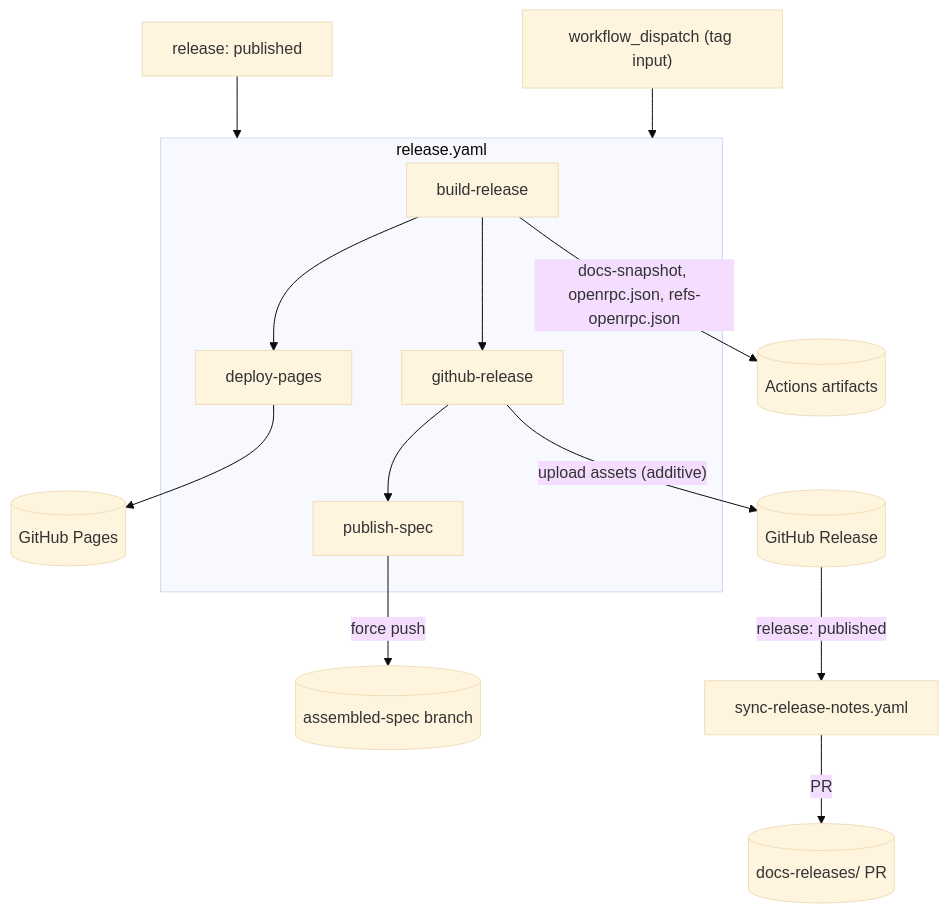
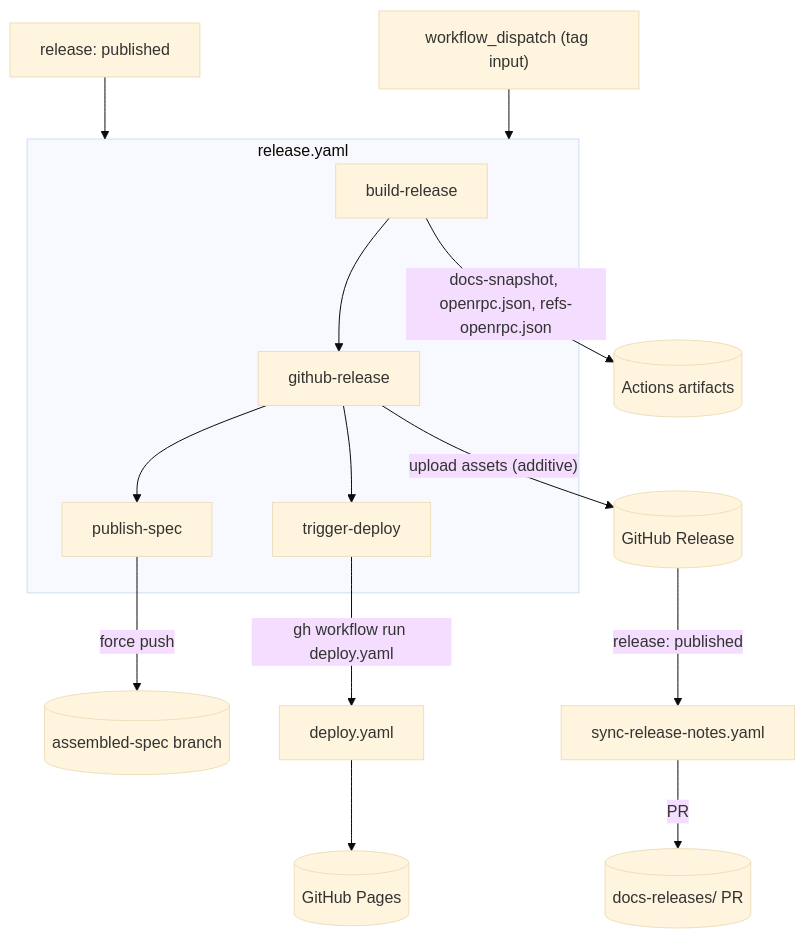
Before and after one commit to ethereum/execution-apis: the first of 2 diagrams in .github/workflows/README.md, drawn with Mermaid (base theme). The commit also changed other lines of this file and 3 other files, not shown here.

First line of the commit message:
fix: make version deployment consistent via single deploy workflow

````diff
--- a/.github/workflows/README.md
+++ b/.github/workflows/README.md
@@ -18,23 +18,24 @@
 ```mermaid
 flowchart TD
   releasePublish["release: published"] --> releaseWf
   dispatch["workflow_dispatch (tag input)"] --> releaseWf
 
   subgraph releaseWf [release.yaml]
     buildRelease[build-release]
-    deployPages[deploy-pages]
     ghRelease[github-release]
     publishSpec[publish-spec]
-    buildRelease --> deployPages
+    triggerDeploy[trigger-deploy]
     buildRelease --> ghRelease
     ghRelease --> publishSpec
+    ghRelease --> triggerDeploy
   end
 
   buildRelease -->|"docs-snapshot, openrpc.json, refs-openrpc.json"| artifacts[("Actions artifacts")]
-  deployPages --> pages[("GitHub Pages")]
   ghRelease -->|"upload assets (additive)"| ghReleasePage[("GitHub Release")]
   publishSpec -->|"force push"| assembledSpec[("assembled-spec branch")]
+  triggerDeploy -->|"gh workflow run deploy.yaml"| deployWf[deploy.yaml]
+  deployWf --> pages[("GitHub Pages")]
 
   ghReleasePage -->|"release: published"| syncNotes[sync-release-notes.yaml]
   syncNotes -->|"PR"| notesPR[("docs-releases/ PR")]
 ```
````
